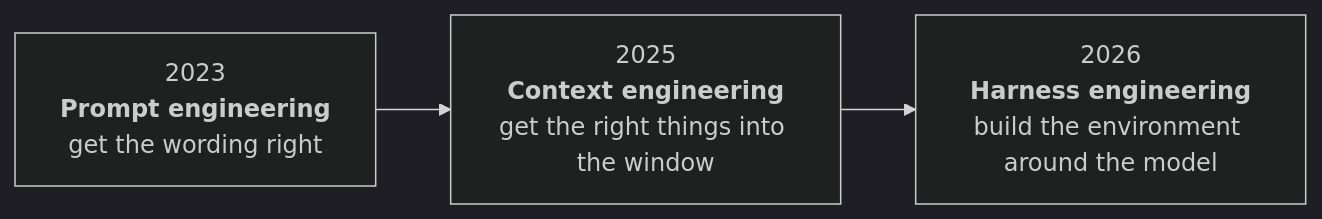
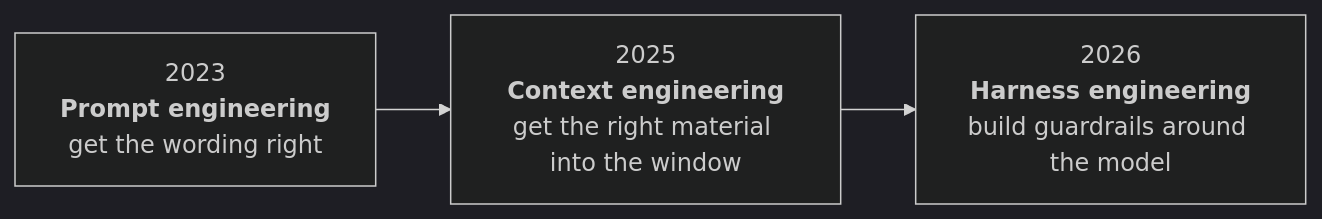
The diagram in ch4/ch40.md (mcallara/msdp-book), drawn with Mermaid (dark theme) before and after one commit. The commit also changed other lines of this file and 3 other files, not shown here.

````diff
--- a/ch4/ch40.md
+++ b/ch4/ch40.md
@@ -34,7 +37,7 @@
 ```{mermaid}
 flowchart LR
-    A["2023<br/><b>Prompt engineering</b><br/>get the wording right"]
-    B["2025<br/><b>Context engineering</b><br/>get the right things into the window"]
-    C["2026<br/><b>Harness engineering</b><br/>build the environment around the model"]
-    A --> B --> C
+        A["2023<br/><b>Prompt engineering</b><br/>get the wording right"]
+        B["2025<br/><b>Context engineering</b><br/>get the right material into the window"]
+        C["2026<br/><b>Harness engineering</b><br/>build guardrails around the model"]
+        A --> B --> C
 ```
````
